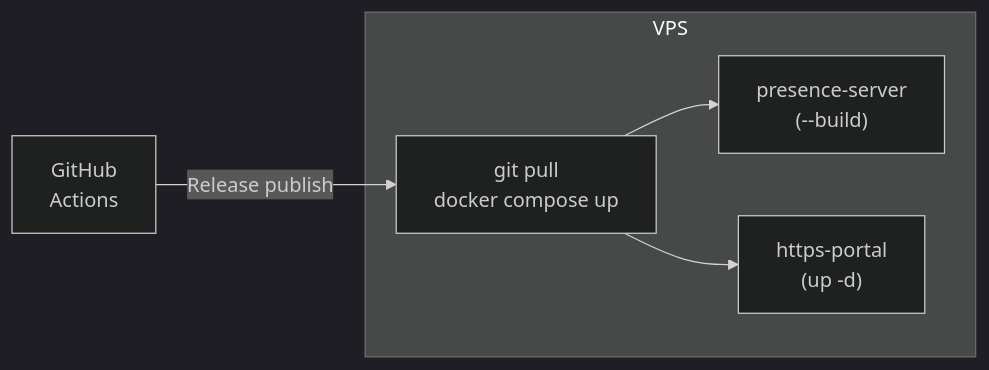
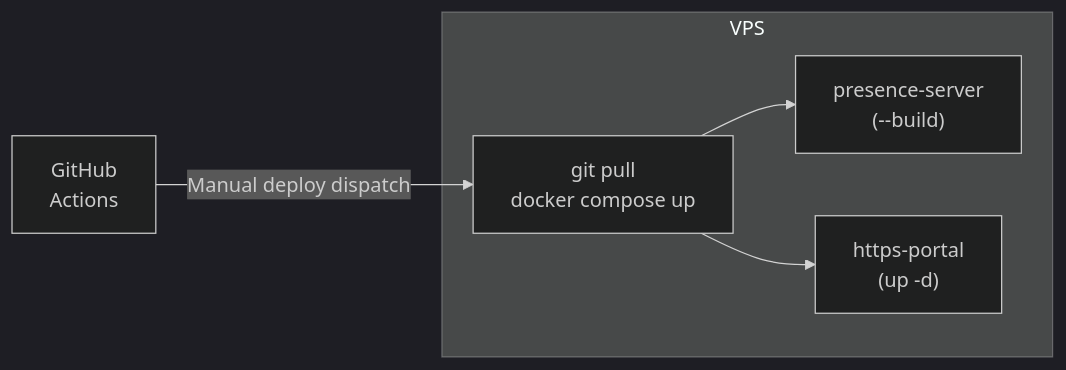
One commit to afjk/afjk.jp changed the ninth of 10 diagrams in docs/pipe-spec.md. Above: the diagram before and after it, drawn with Mermaid (dark theme). The commit also changed other lines of this file and 1 other file, not shown here.

Commit message:
Separate production deploy from release publishing

````diff
--- a/docs/pipe-spec.md
+++ b/docs/pipe-spec.md
@@ -479,11 +479,11 @@
 ```mermaid
 graph LR
     GH["GitHub\nActions"]
-    GH -->|Release publish| SSH
+    GH -->|Manual deploy dispatch| SSH
 
     subgraph VPS
         SSH["git pull\ndocker compose up"]
         SSH --> PS["presence-server\n(--build)"]
         SSH --> HP["https-portal\n(up -d)"]
     end
 ```
````
